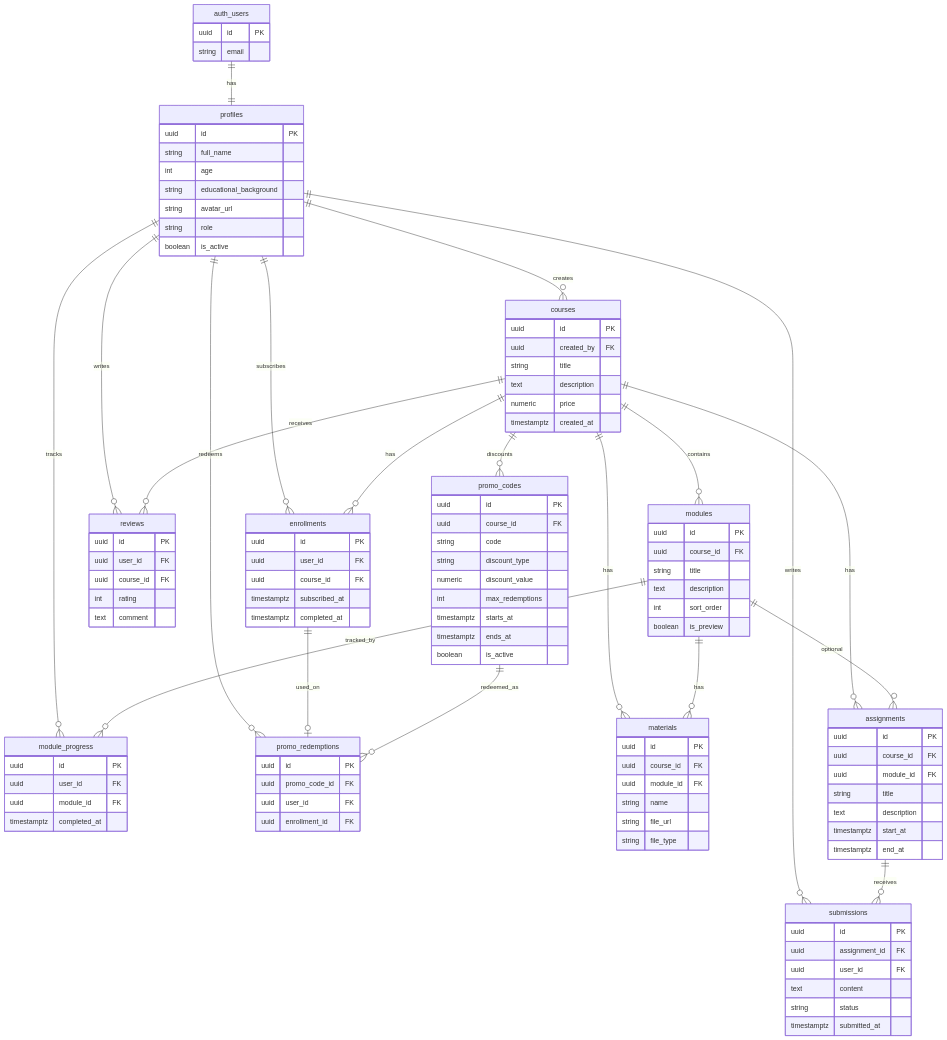
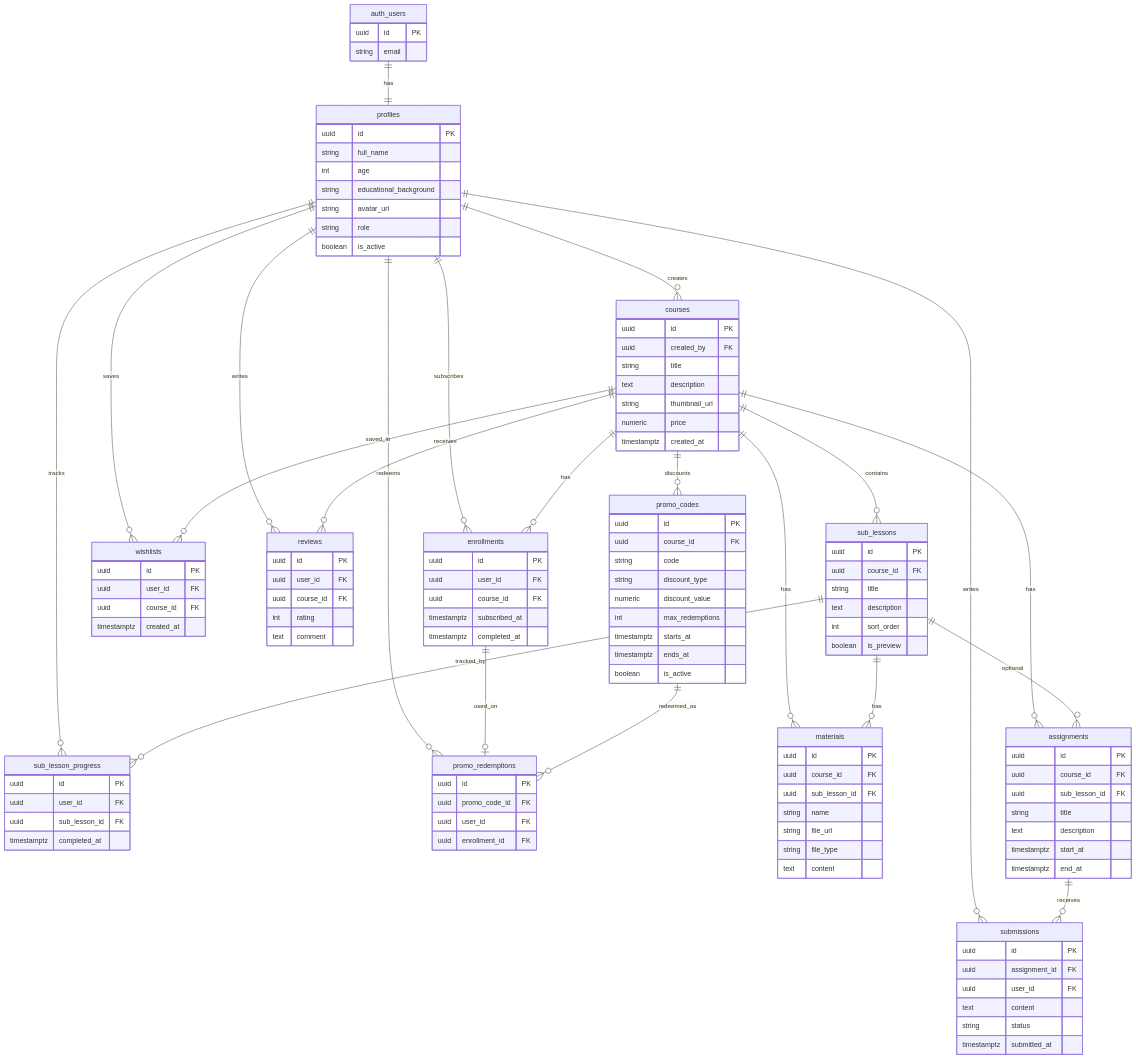
One commit to Anthony-FS/courseflow changed the diagram in docs/erd.md. Above: the diagram before and after it, drawn with Mermaid. The commit also changed other lines of this file, not shown here.

Commit message:
docs: update ERD documentation for CourseFlow
- Revised the ERD to reflect changes in the database schema, including the introduction of sub-lessons and wishlists.
- Updated relationships and cardinality descriptions to clarify the structure and functionality of the database.
- Removed references to modules and adjusted terminology to align with the new sub-lesson structure.

```diff
--- a/docs/erd.md
+++ b/docs/erd.md
@@ -10,22 +10,24 @@
 erDiagram
   auth_users ||--|| profiles : has
   profiles ||--o{ enrollments : subscribes
+  profiles ||--o{ wishlists : saves
   profiles ||--o{ submissions : writes
-  profiles ||--o{ module_progress : tracks
+  profiles ||--o{ sub_lesson_progress : tracks
   profiles ||--o{ reviews : writes
   profiles ||--o{ promo_redemptions : redeems
   profiles ||--o{ courses : creates
 
-  courses ||--o{ modules : contains
+  courses ||--o{ sub_lessons : contains
   courses ||--o{ materials : has
   courses ||--o{ enrollments : has
+  courses ||--o{ wishlists : saved_in
   courses ||--o{ assignments : has
   courses ||--o{ reviews : receives
   courses ||--o{ promo_codes : discounts
 
-  modules ||--o{ materials : has
-  modules ||--o{ assignments : optional
-  modules ||--o{ module_progress : tracked_by
+  sub_lessons ||--o{ materials : has
+  sub_lessons ||--o{ assignments : optional
+  sub_lessons ||--o{ sub_lesson_progress : tracked_by
 
   assignments ||--o{ submissions : receives
   enrollments ||--o| promo_redemptions : used_on
@@ -51,11 +53,12 @@
     uuid created_by FK
     string title
     text description
+    string thumbnail_url
     numeric price
     timestamptz created_at
   }
 
-  modules {
+  sub_lessons {
     uuid id PK
     uuid course_id FK
     string title
@@ -67,10 +70,18 @@
   materials {
     uuid id PK
     uuid course_id FK
-    uuid module_id FK
+    uuid sub_lesson_id FK
     string name
     string file_url
     string file_type
+    text content
+  }
+
+  wishlists {
+    uuid id PK
+    uuid user_id FK
+    uuid course_id FK
+    timestamptz created_at
   }
 
   enrollments {
@@ -84,7 +95,7 @@
   assignments {
     uuid id PK
     uuid course_id FK
-    uuid module_id FK
+    uuid sub_lesson_id FK
     string title
     text description
     timestamptz start_at
@@ -100,10 +111,10 @@
     timestamptz submitted_at
   }
 
-  module_progress {
+  sub_lesson_progress {
     uuid id PK
     uuid user_id FK
-    uuid module_id FK
+    uuid sub_lesson_id FK
     timestamptz completed_at
   }
 
```
